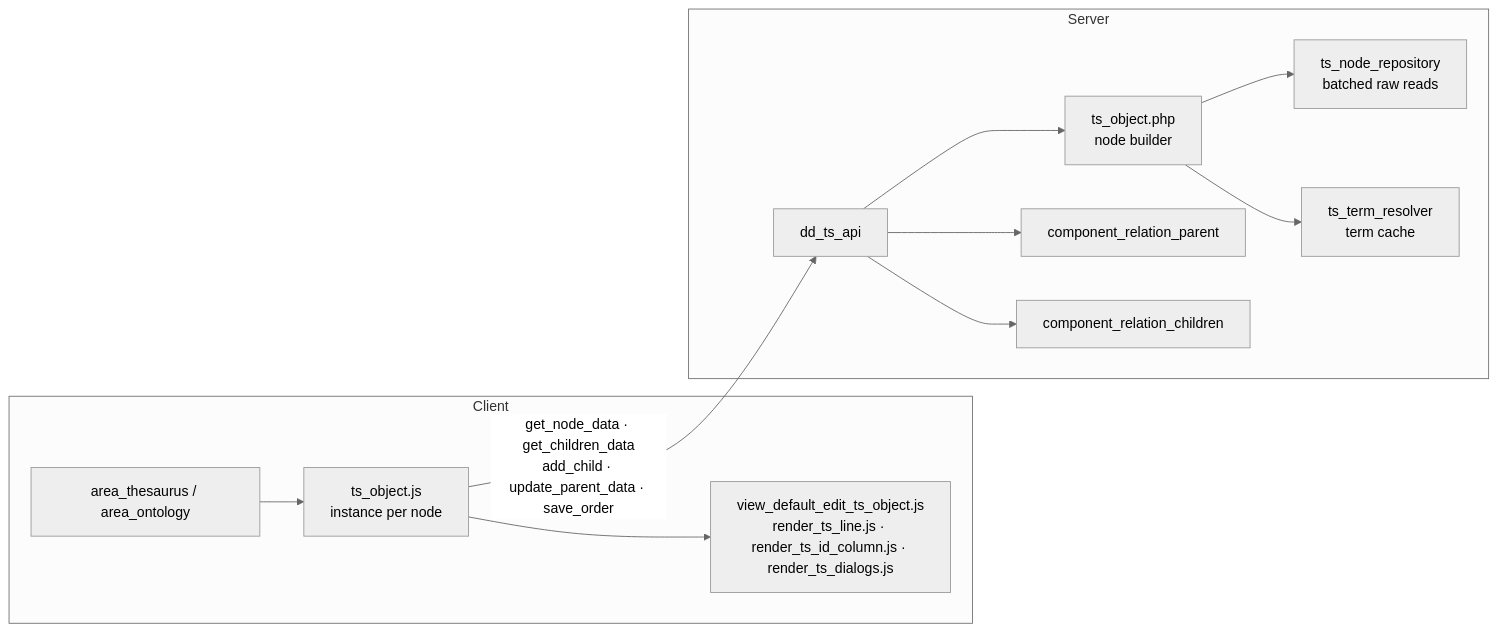
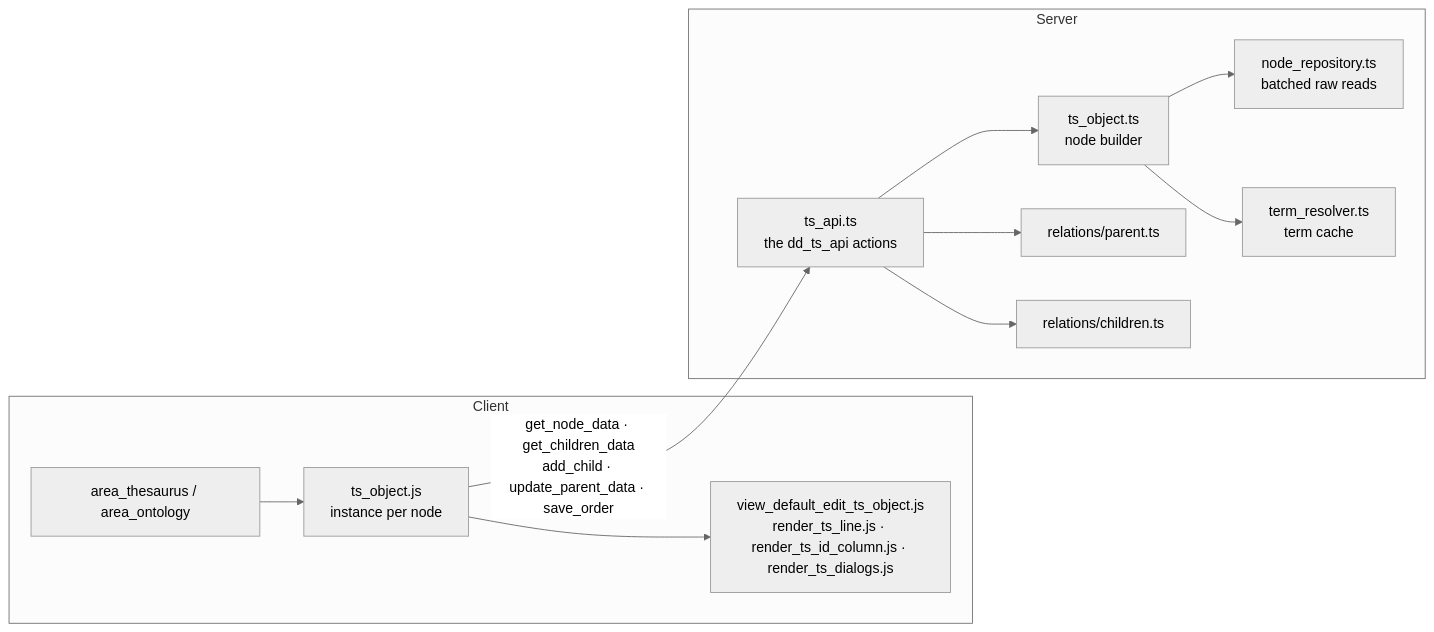
The first of 2 diagrams in docs/core/thesaurus/index.md (renderpci/dedalo), drawn with Mermaid (neutral theme) before and after one commit. The commit also changed other lines of this file, not shown here.

````diff
--- a/docs/core/thesaurus/index.md
+++ b/docs/core/thesaurus/index.md
@@ -135,15 +101,15 @@
 ```mermaid
 flowchart LR
     subgraph client [Client]
         AT[area_thesaurus / area_ontology] --> TSJS[ts_object.js<br/>instance per node]
         TSJS --> V[view_default_edit_ts_object.js<br/>render_ts_line.js · render_ts_id_column.js · render_ts_dialogs.js]
     end
     subgraph server [Server]
-        API[dd_ts_api] --> TSPHP[ts_object.php<br/>node builder]
-        TSPHP --> REPO[ts_node_repository<br/>batched raw reads]
-        TSPHP --> TERM[ts_term_resolver<br/>term cache]
-        API --> CRP[component_relation_parent]
-        API --> CRC[component_relation_children]
+        API[ts_api.ts<br/>the dd_ts_api actions] --> TSMOD[ts_object.ts<br/>node builder]
+        TSMOD --> REPO[node_repository.ts<br/>batched raw reads]
+        TSMOD --> TERM[term_resolver.ts<br/>term cache]
+        API --> CRP[relations/parent.ts]
+        API --> CRC[relations/children.ts]
     end
     TSJS -- "get_node_data · get_children_data<br/>add_child · update_parent_data · save_order" --> API
 ```
````
